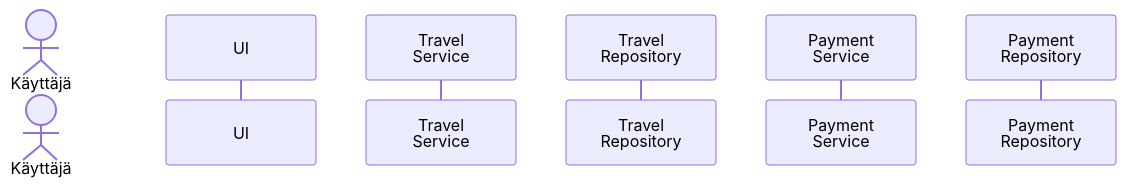
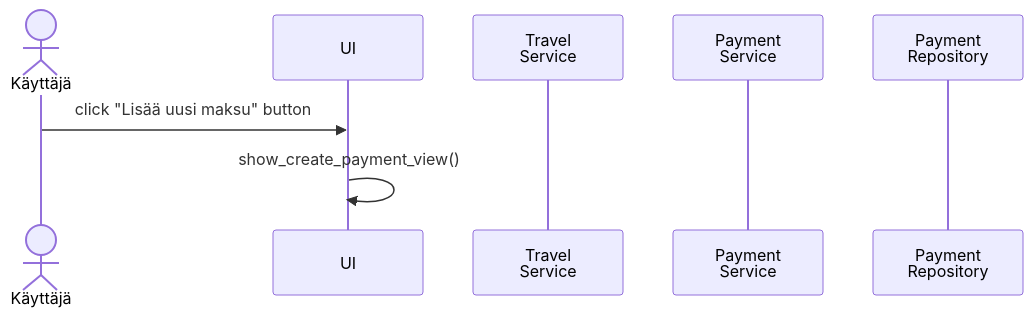
One commit to phuvio/ot-harjoitustyo changed the fourth of 4 diagrams in travel-expense-calculator-app/dokumentaatio/arkkitehtuuri.md. Above: the diagram before and after it, drawn with Mermaid.

````diff
--- a/travel-expense-calculator-app/dokumentaatio/arkkitehtuuri.md
+++ b/travel-expense-calculator-app/dokumentaatio/arkkitehtuuri.md
@@ -161,9 +161,10 @@
 ```mermaid
  sequenceDiagram
    Actor K as Käyttäjä
    participant U as UI
    participant T as Travel <br> Service
-   participant TR as Travel <br> Repository
    participant P as Payment <br> Service
    participant PR as Payment <br> Repository
+   K->>U: click "Lisää uusi maksu" button
+   U->>U: show_create_payment_view()
 ```
````
